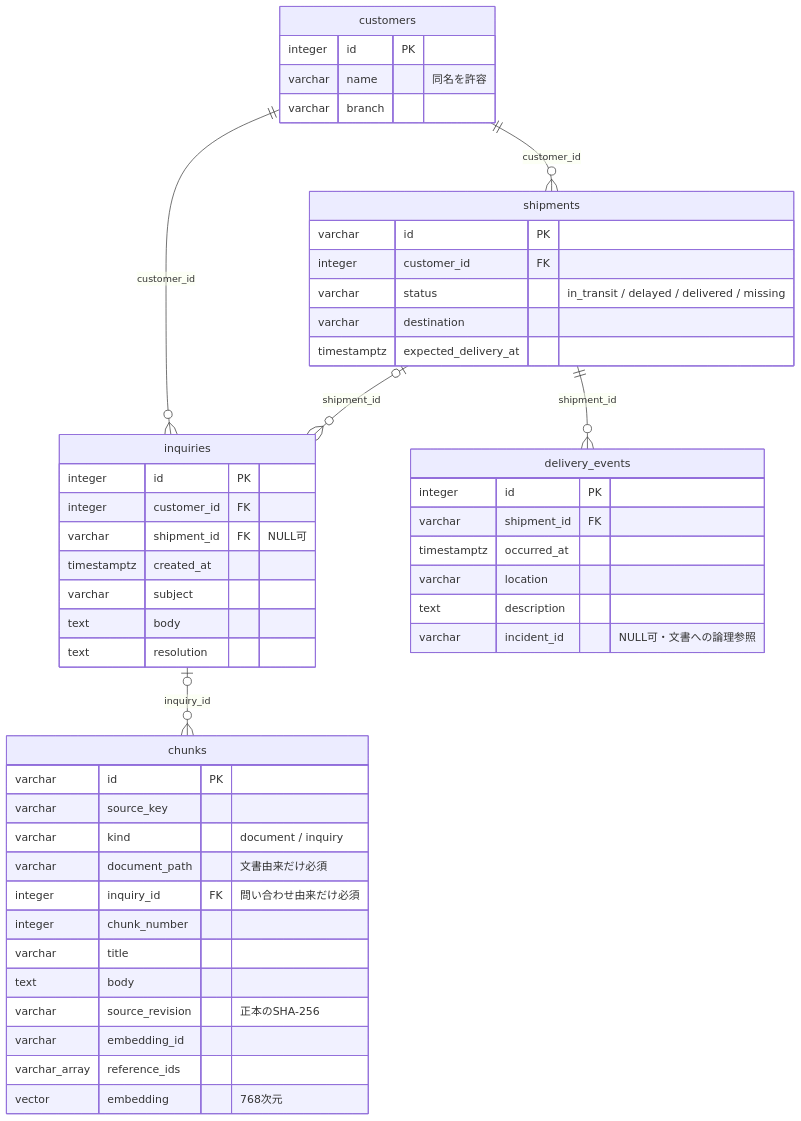
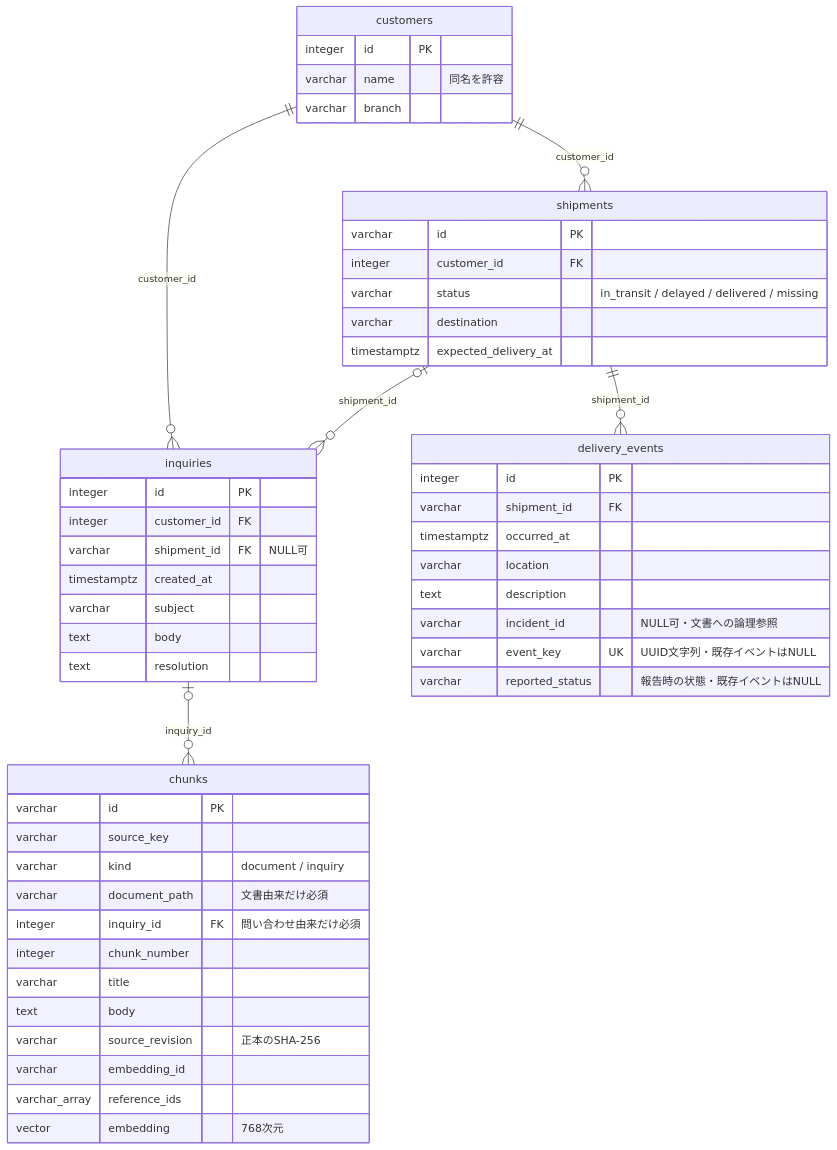
The diagram in docs/database-schema.md (philippos2/logi-scope), drawn with Mermaid before and after one commit. The commit also changed other lines of this file and 8 other files, not shown here.

````diff
--- a/docs/database-schema.md
+++ b/docs/database-schema.md
@@ -7,52 +7,54 @@
 ```mermaid
 erDiagram
     customers ||--o{ shipments : customer_id
     customers ||--o{ inquiries : customer_id
     shipments ||--o{ delivery_events : shipment_id
     shipments |o--o{ inquiries : shipment_id
     inquiries |o--o{ chunks : inquiry_id
 
     chunks {
         varchar id PK
         varchar source_key
         varchar kind "document / inquiry"
         varchar document_path "文書由来だけ必須"
         integer inquiry_id FK "問い合わせ由来だけ必須"
         integer chunk_number
         varchar title
         text body
         varchar source_revision "正本のSHA-256"
         varchar embedding_id
         varchar_array reference_ids
         vector embedding "768次元"
     }
     customers {
         integer id PK
         varchar name "同名を許容"
         varchar branch
     }
     shipments {
         varchar id PK
         integer customer_id FK
         varchar status "in_transit / delayed / delivered / missing"
         varchar destination
         timestamptz expected_delivery_at
     }
     delivery_events {
         integer id PK
         varchar shipment_id FK
         timestamptz occurred_at
         varchar location
         text description
         varchar incident_id "NULL可・文書への論理参照"
+        varchar event_key UK "UUID文字列・既存イベントはNULL"
+        varchar reported_status "報告時の状態・既存イベントはNULL"
     }
     inquiries {
         integer id PK
         integer customer_id FK
         varchar shipment_id FK "NULL可"
         timestamptz created_at
         varchar subject
         text body
         text resolution
     }
 ```
````
